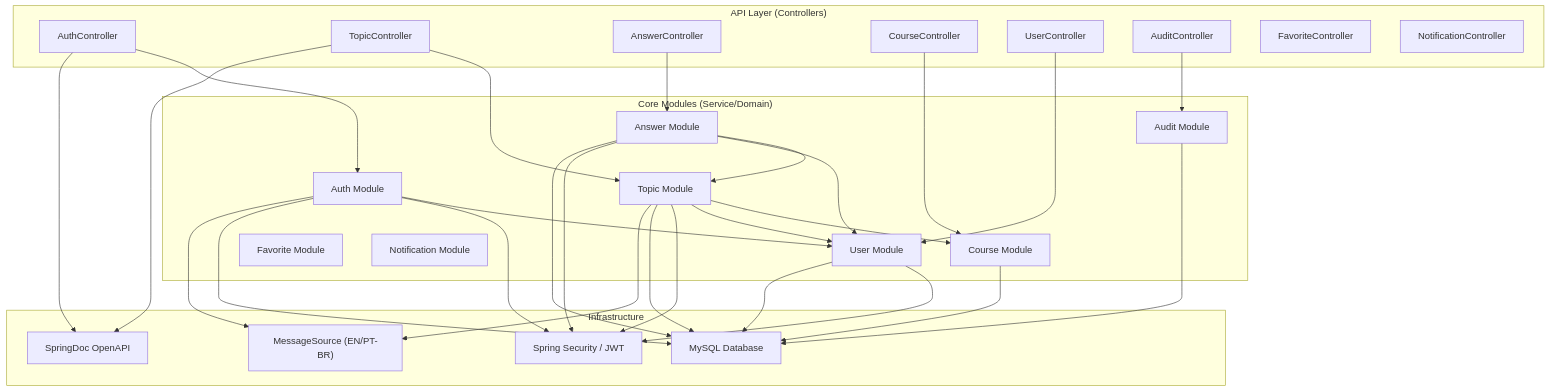
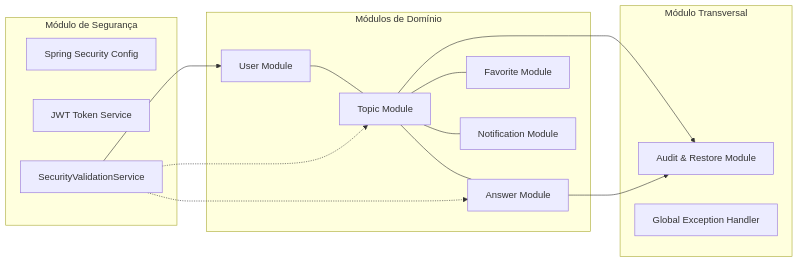
The first of 3 diagrams in docs/pt-br/02-arquitetura.md (DessimA/forum-hub), drawn with Mermaid before and after one commit. The commit also changed other lines of this file and 18 other files, not shown here.

Commit message:
docs: exaustive documentation update with Mermaid diagrams and total PT-BR/EN parity

````diff
--- a/docs/pt-br/02-arquitetura.md
+++ b/docs/pt-br/02-arquitetura.md
@@ -41,62 +7,33 @@
 ```mermaid
-graph TD
-    subgraph "API Layer (Controllers)"
-        AuthController
-        TopicController
-        AnswerController
-        CourseController
-        UserController
-        AuditController
-        FavoriteController
-        NotificationController
+graph LR
+    subgraph "Módulo de Segurança"
+        Security[Spring Security Config]
+        Token[JWT Token Service]
+        Validator[SecurityValidationService]
     end
 
-    subgraph "Core Modules (Service/Domain)"
-        Auth[Auth Module]
+    subgraph "Módulos de Domínio"
+        User[User Module]
         Topic[Topic Module]
         Answer[Answer Module]
-        Course[Course Module]
-        User[User Module]
-        Audit[Audit Module]
         Favorite[Favorite Module]
         Notification[Notification Module]
     end
 
-    subgraph "Infrastructure"
-        Security["Spring Security / JWT"]
-        Docs["SpringDoc OpenAPI"]
-        I18n["MessageSource (EN/PT-BR)"]
-        DB["MySQL Database"]
+    subgraph "Módulo Transversal"
+        Audit[Audit & Restore Module]
+        Common[Global Exception Handler]
     end
 
-    AuthController --> Auth
-    TopicController --> Topic
-    AnswerController --> Answer
-    CourseController --> Course
-    UserController --> User
-    AuditController --> Audit
-
-    Auth --> User
-    Topic --> Course
-    Topic --> User
-    Answer --> Topic
-    Answer --> User
+    User --- Topic
+    Topic --- Answer
+    Topic --- Favorite
+    Topic --- Notification
     
-    Auth --> Security
-    Topic --> Security
-    Answer --> Security
-    User --> Security
+    Validator --> User
+    Validator -.-> Topic
+    Validator -.-> Answer
     
-    Auth --> DB
-    Topic --> DB
-    Answer --> DB
-    Course --> DB
-    User --> DB
-    Audit --> DB
-
-    Auth --> I18n
-    Topic --> I18n
-    
-    AuthController --> Docs
-    TopicController --> Docs
+    Topic --> Audit
+    Answer --> Audit
 ```
````
